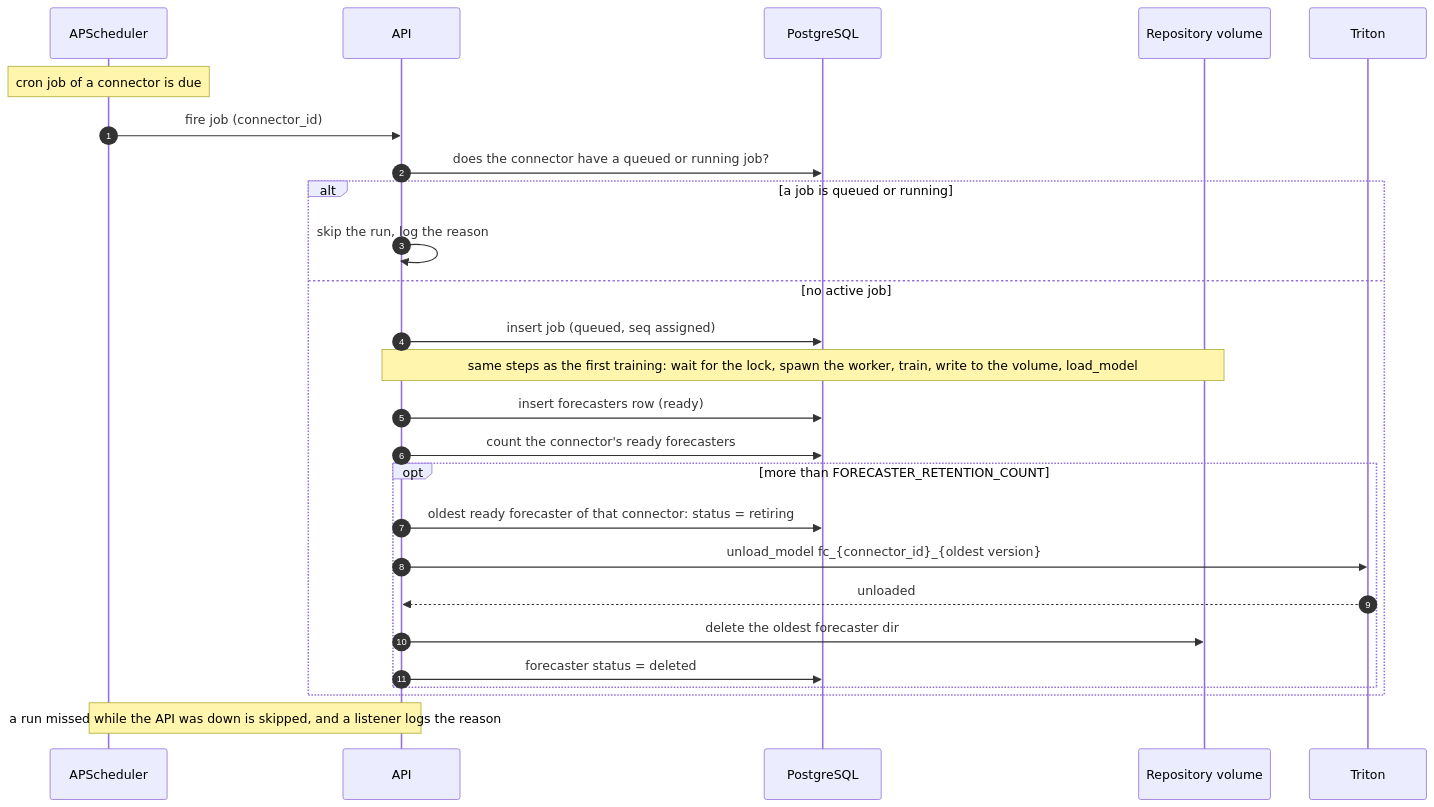
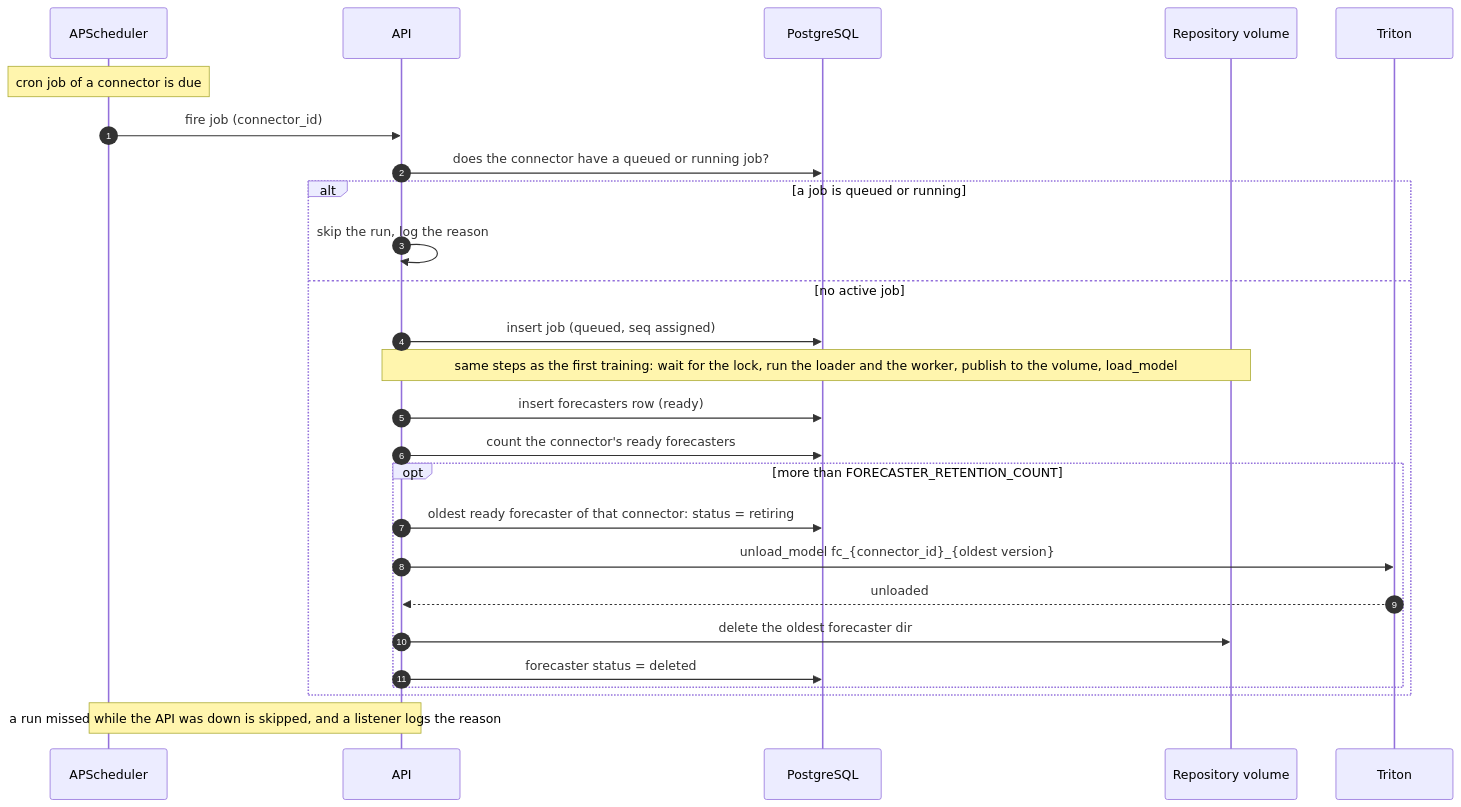
One commit to IBM/project-ai-services changed the fourth of 4 diagrams in docs/proposals/forecast_service_proposal.md. Above: the diagram before and after it, drawn with Mermaid. The commit also changed other lines of this file and 9 other files, not shown here.

````diff
--- a/docs/proposals/forecast_service_proposal.md
+++ b/docs/proposals/forecast_service_proposal.md
@@ -788,32 +798,32 @@
 ```mermaid
 sequenceDiagram
     autonumber
     participant P as APScheduler
     participant A as API
     participant DB as PostgreSQL
     participant V as Repository volume
     participant T as Triton
 
     Note over P: cron job of a connector is due
     P->>A: fire job (connector_id)
     A->>DB: does the connector have a queued or running job?
 
     alt a job is queued or running
         A->>A: skip the run, log the reason
     else no active job
         A->>DB: insert job (queued, seq assigned)
-        Note over A,V: same steps as the first training: wait for the lock, spawn the worker, train, write to the volume, load_model
+        Note over A,V: same steps as the first training: wait for the lock, run the loader and the worker, publish to the volume, load_model
         A->>DB: insert forecasters row (ready)
 
         A->>DB: count the connector's ready forecasters
         opt more than FORECASTER_RETENTION_COUNT
             A->>DB: oldest ready forecaster of that connector: status = retiring
             A->>T: unload_model fc_{connector_id}_{oldest version}
             T-->>A: unloaded
             A->>V: delete the oldest forecaster dir
             A->>DB: forecaster status = deleted
         end
     end
 
     Note over P,A: a run missed while the API was down is skipped, and a listener logs the reason
 ```
````
